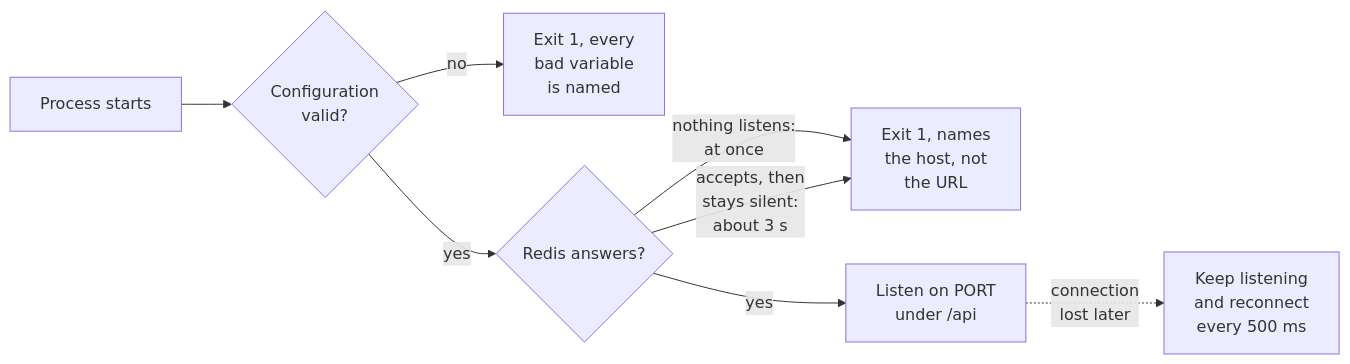
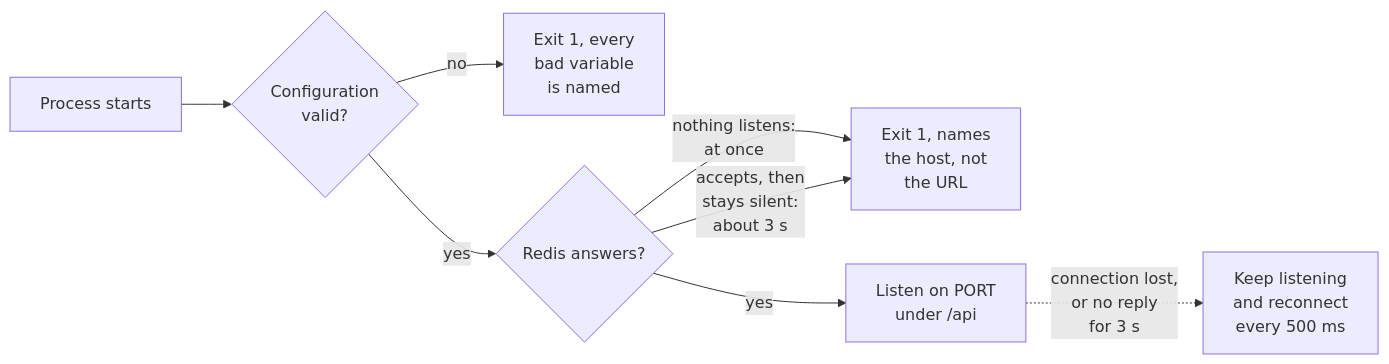
The diagram in docs/specs/platform.md (M4xP4s/bouncer-dashboard), drawn with Mermaid before and after one commit. The commit also changed other lines of this file and 5 other files, not shown here.

````diff
--- a/docs/specs/platform.md
+++ b/docs/specs/platform.md
@@ -46,10 +53,10 @@
 ```mermaid
 flowchart LR
     Start["Process starts"] --> Config{"Configuration<br/>valid?"}
     Config -->|no| BadConfig["Exit 1, every<br/>bad variable<br/>is named"]
     Config -->|yes| Redis{"Redis answers?"}
     Redis -->|"nothing listens:<br/>at once"| NoRedis["Exit 1, names<br/>the host, not<br/>the URL"]
     Redis -->|"accepts, then<br/>stays silent:<br/>about 3 s"| NoRedis
     Redis -->|yes| Listen["Listen on PORT<br/>under /api"]
-    Listen -.->|"connection<br/>lost later"| Retry["Keep listening<br/>and reconnect<br/>every 500 ms"]
+    Listen -.->|"connection lost,<br/>or no reply<br/>for 3 s"| Retry["Keep listening<br/>and reconnect<br/>every 500 ms"]
 ```
````
